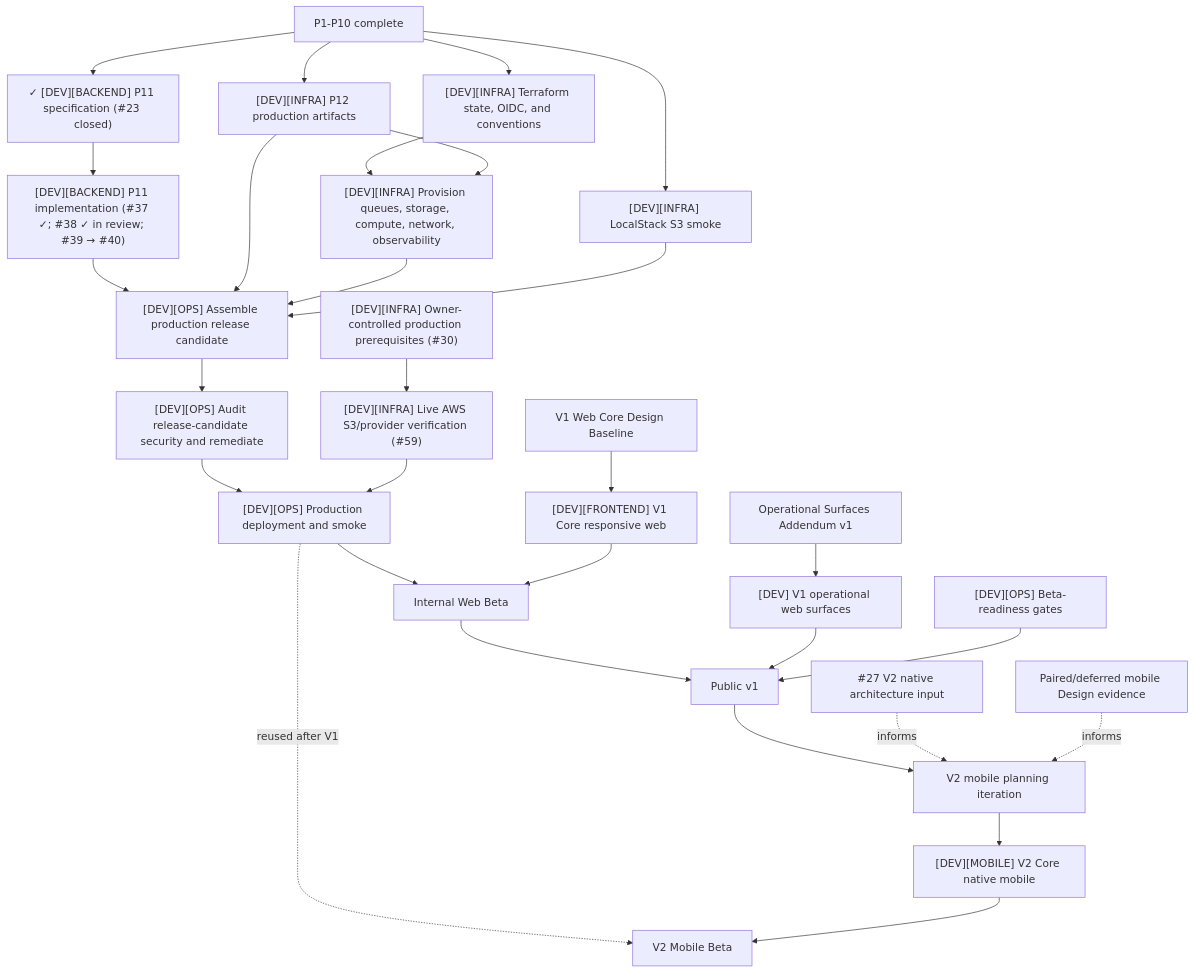
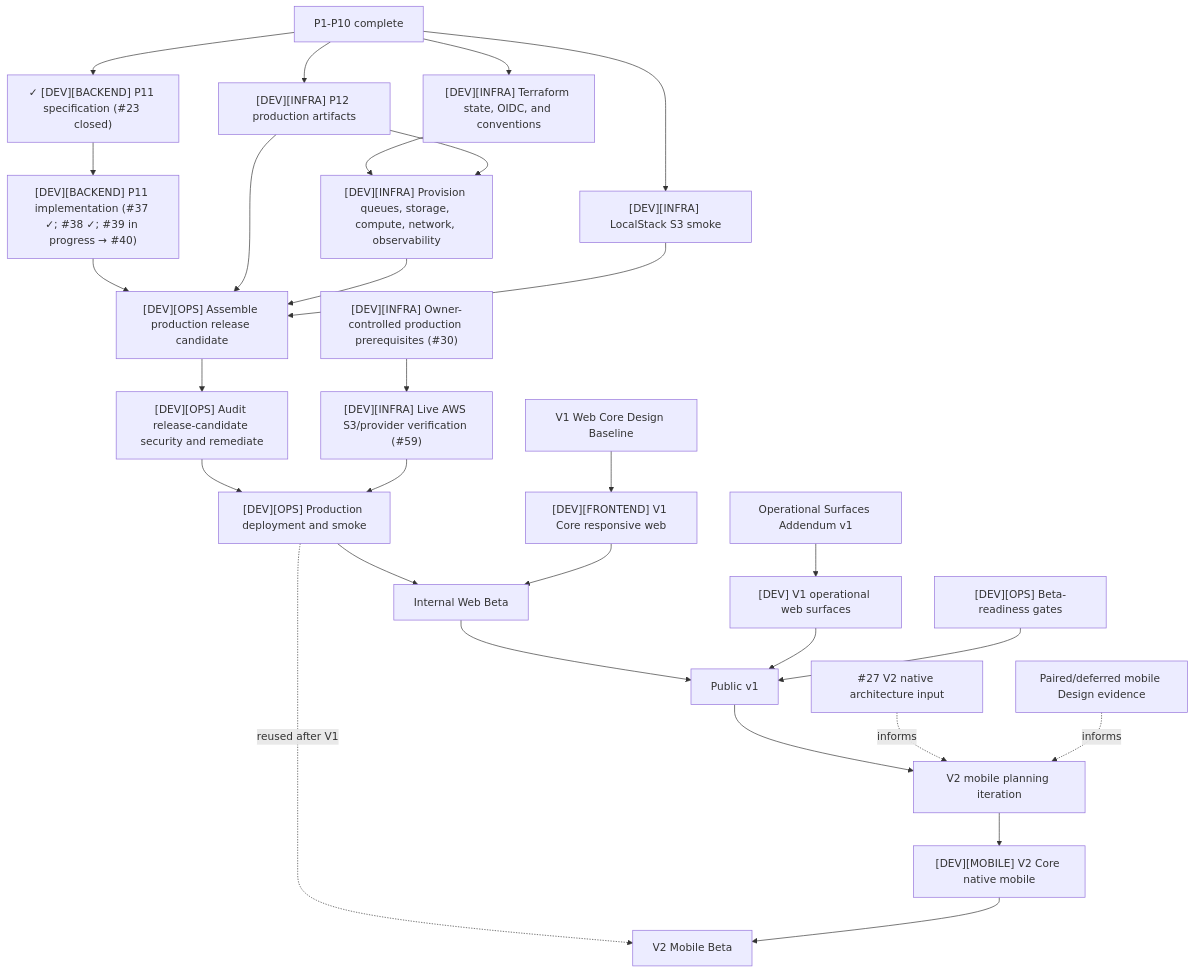
The diagram in docs/architecture/production-roadmap.md (starkovalera/recipe-manager), drawn with Mermaid before and after one commit. The commit also changed other lines of this file and 15 other files, not shown here.

````diff
--- a/docs/architecture/production-roadmap.md
+++ b/docs/architecture/production-roadmap.md
@@ -215,38 +215,38 @@
 ```mermaid
 flowchart TD
   p10["P1-P10 complete"]
   p10 --> p11Spec["✓ [DEV][BACKEND] P11 specification (#23 closed)"]
-  p11Spec --> p11Implementation["[DEV][BACKEND] P11 implementation (#37 ✓; #38 ✓ in review; #39 → #40)"]
+  p11Spec --> p11Implementation["[DEV][BACKEND] P11 implementation (#37 ✓; #38 ✓; #39 in progress → #40)"]
   p10 --> p12["[DEV][INFRA] P12 production artifacts"]
   p10 --> localstack["[DEV][INFRA] LocalStack S3 smoke"]
   p10 --> tfFoundation["[DEV][INFRA] Terraform state, OIDC, and conventions"]
   ownerInputs["[DEV][INFRA] Owner-controlled production prerequisites (#30)"]
   ownerInputs --> liveAws["[DEV][INFRA] Live AWS S3/provider verification (#59)"]
 
   tfFoundation --> cloudResources["[DEV][INFRA] Provision queues, storage, compute, network, observability"]
   p12 --> cloudResources
 
   p11Implementation --> releaseCandidate["[DEV][OPS] Assemble production release candidate"]
   p12 --> releaseCandidate
   cloudResources --> releaseCandidate
   localstack --> releaseCandidate
   releaseCandidate --> security["[DEV][OPS] Audit release-candidate security and remediate"]
   security --> technicalProd["[DEV][OPS] Production deployment and smoke"]
   liveAws --> technicalProd
 
   designCore["V1 Web Core Design Baseline"] --> web["[DEV][FRONTEND] V1 Core responsive web"]
   technicalProd --> webBeta["Internal Web Beta"]
   web --> webBeta
 
   designOps["Operational Surfaces Addendum v1"] --> operationalClients["[DEV] V1 operational web surfaces"]
   webBeta --> publicV1["Public v1"]
   operationalClients --> publicV1
   beta["[DEV][OPS] Beta-readiness gates"] --> publicV1
 
   publicV1 --> v2Planning["V2 mobile planning iteration"]
   mobileResearch["#27 V2 native architecture input"] -. informs .-> v2Planning
   pairedDesign["Paired/deferred mobile Design evidence"] -. informs .-> v2Planning
   v2Planning --> mobile["[DEV][MOBILE] V2 Core native mobile"]
   technicalProd -. reused after V1 .-> mobileBeta["V2 Mobile Beta"]
   mobile --> mobileBeta
 ```
````
